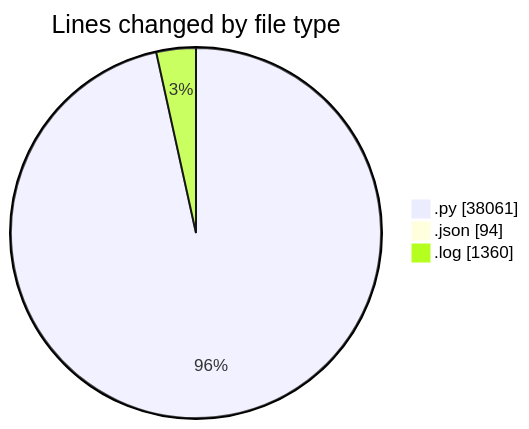
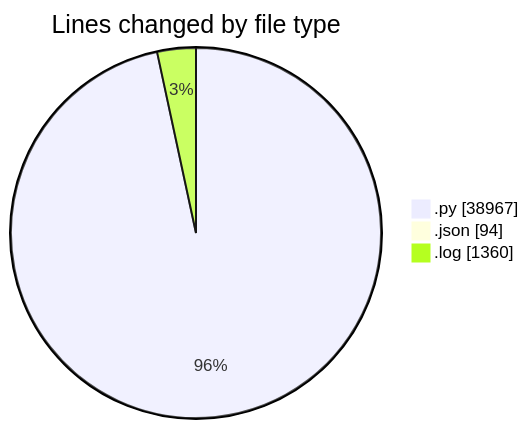
The first of 2 diagrams in 2025-07-14/telebot/README.md (jrari/code-tracking), drawn with Mermaid before and after one commit. The commit also changed other lines of this file and 1 other file, not shown here.

````diff
--- a/2025-07-14/telebot/README.md
+++ b/2025-07-14/telebot/README.md
@@ -65,7 +65,7 @@
 ```mermaid
 pie showData
 title Lines changed by file type
-".py" : 38061
+".py" : 38967
 ".json" : 94
 ".log" : 1360
 ```
````
